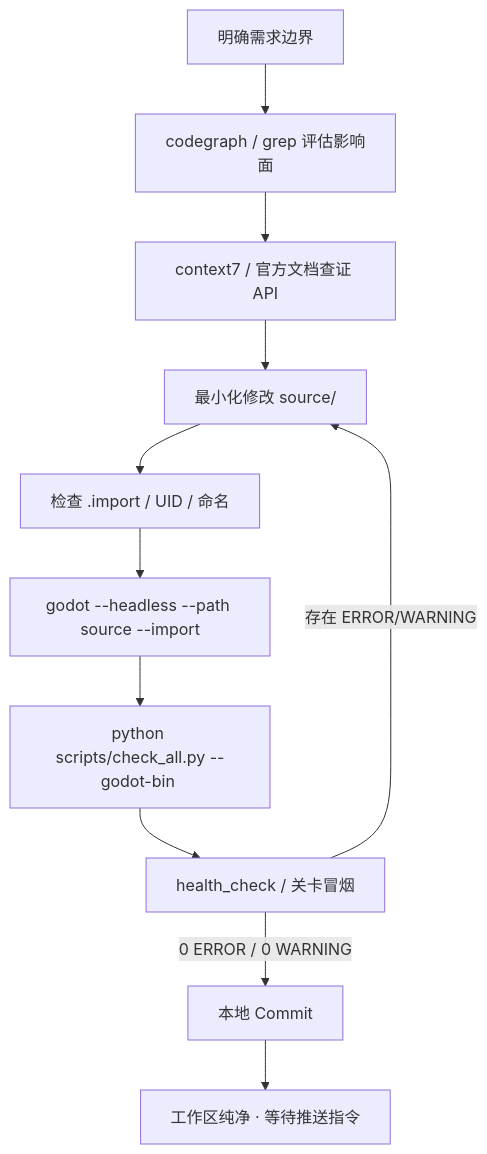
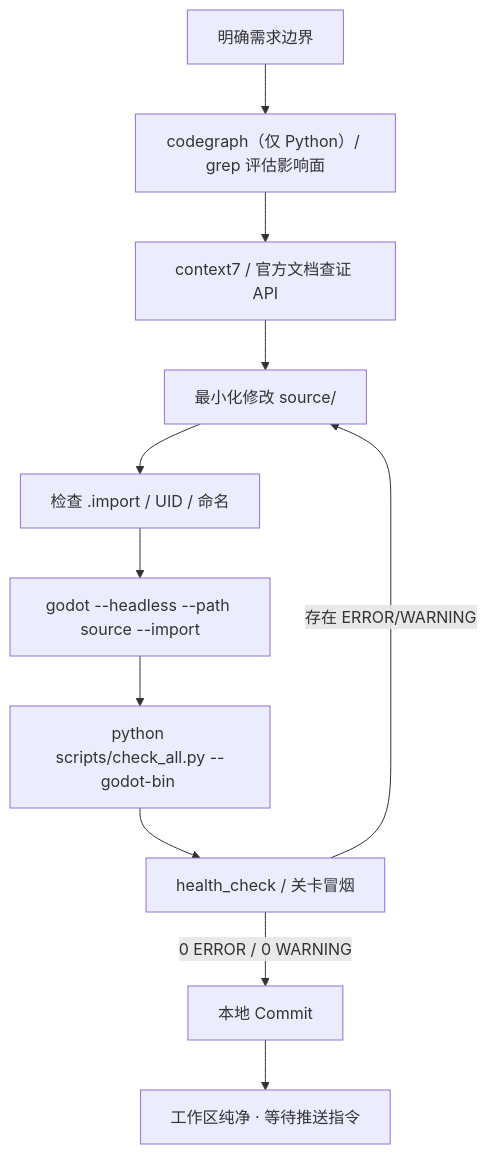
The diagram in AGENTS.md (0xnayuta/BHYH), drawn with Mermaid before and after one commit. The commit also changed other lines of this file and 3 other files, not shown here.

First line of the commit message:
docs(tools): 限定 codegraph 适用范围为 Python

````diff
--- a/AGENTS.md
+++ b/AGENTS.md
@@ -150,13 +150,13 @@
 ```mermaid
 flowchart TD
-    A[明确需求边界] --> B[codegraph / grep 评估影响面]
+    A[明确需求边界] --> B["codegraph（仅 Python）/ grep 评估影响面"]
     B --> C[context7 / 官方文档查证 API]
     C --> D[最小化修改 source/]
     D --> E[检查 .import / UID / 命名]
     E --> F[godot --headless --path source --import]
     F --> G[python scripts/check_all.py --godot-bin <godot>]
     G --> H[health_check / 关卡冒烟]
     H -->|存在 ERROR/WARNING| D
     H -->|0 ERROR / 0 WARNING| I[本地 Commit]
     I --> J[工作区纯净 · 等待推送指令]
 ```
````
